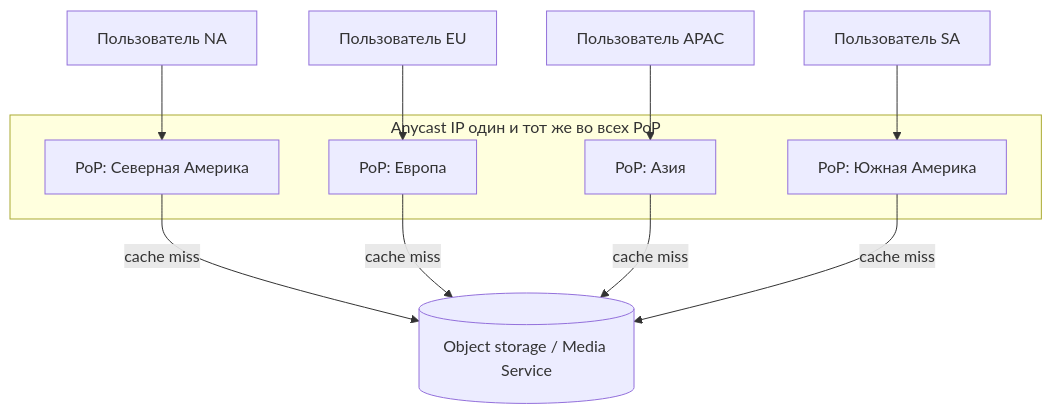
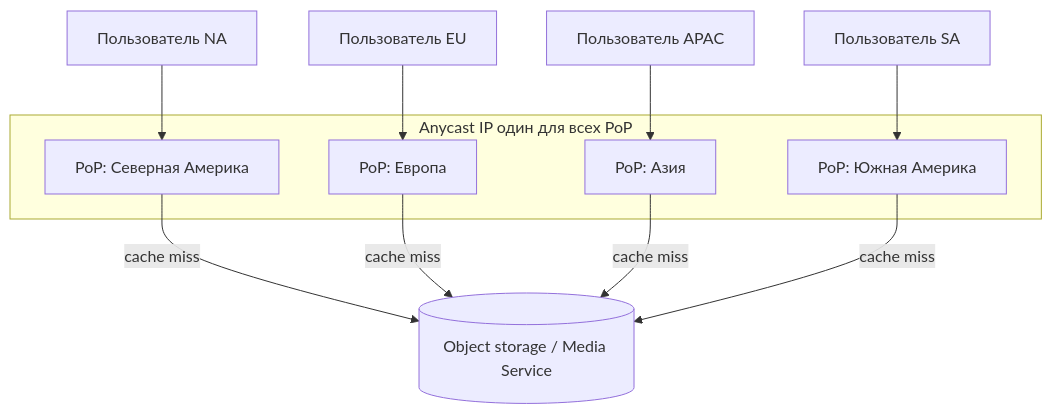
The second of 7 diagrams in README.md (TOOSTEER/Highload_TechnoPark), drawn with Mermaid before and after one commit. The commit also changed other lines of this file, not shown here.

````diff
--- a/README.md
+++ b/README.md
@@ -162,17 +156,17 @@
 ```mermaid
 flowchart TB
-    subgraph Anycast IP один и тот же во всех PoP
+    subgraph Anycast IP один для всех PoP
     P1[PoP: Северная Америка]
     P2[PoP: Европа]
     P3[PoP: Азия]
     P4[PoP: Южная Америка]
     end
     U1[Пользователь NA] --> P1
     U2[Пользователь EU] --> P2
     U3[Пользователь APAC] --> P3
     U4[Пользователь SA] --> P4
     P1 -->|cache miss| ORIGIN[(Object storage / Media Service)]
     P2 -->|cache miss| ORIGIN
     P3 -->|cache miss| ORIGIN
     P4 -->|cache miss| ORIGIN
 ```
````
